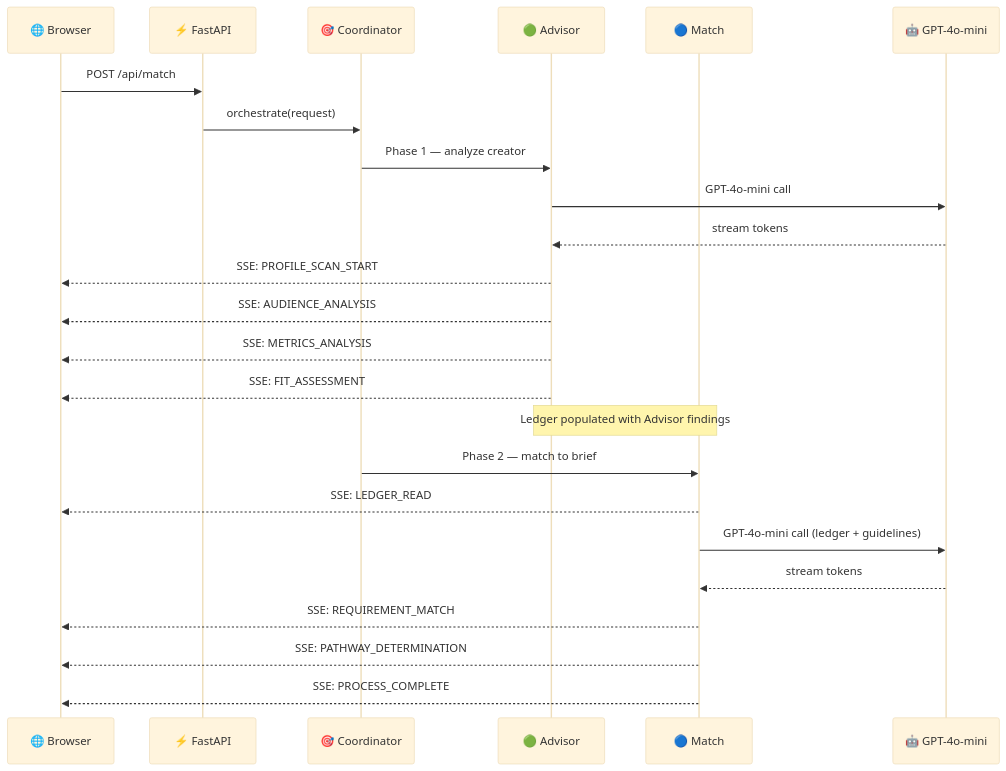
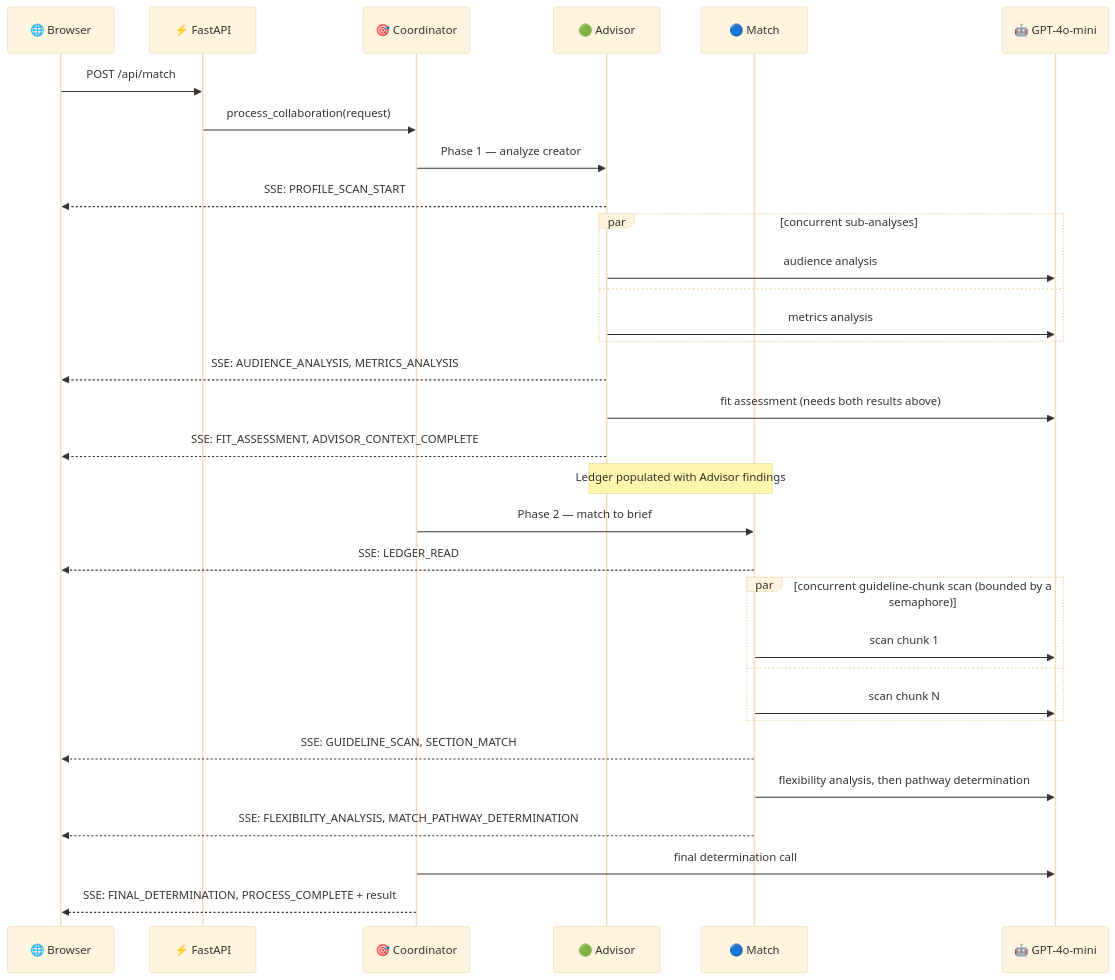
Before and after one commit to divyat2605/creator-collab-coordinator: the fourth of 8 diagrams in README.md, drawn with Mermaid (base theme). The commit also changed other lines of this file and 100 other files, not shown here.

````diff
--- a/README.md
+++ b/README.md
@@ -208,29 +235,37 @@
 ```mermaid
 sequenceDiagram
     participant B as 🌐 Browser
     participant F as ⚡ FastAPI
     participant C as 🎯 Coordinator
     participant ADV as 🟢 Advisor
     participant MAT as 🔵 Match
     participant OAI as 🤖 GPT-4o-mini
 
     B->>F: POST /api/match
-    F->>C: orchestrate(request)
+    F->>C: process_collaboration(request)
     C->>ADV: Phase 1 — analyze creator
-    ADV->>OAI: GPT-4o-mini call
-    OAI-->>ADV: stream tokens
     ADV-->>B: SSE: PROFILE_SCAN_START
-    ADV-->>B: SSE: AUDIENCE_ANALYSIS
-    ADV-->>B: SSE: METRICS_ANALYSIS
-    ADV-->>B: SSE: FIT_ASSESSMENT
+    par concurrent sub-analyses
+        ADV->>OAI: audience analysis
+    and
+        ADV->>OAI: metrics analysis
+    end
+    ADV-->>B: SSE: AUDIENCE_ANALYSIS, METRICS_ANALYSIS
+    ADV->>OAI: fit assessment (needs both results above)
+    ADV-->>B: SSE: FIT_ASSESSMENT, ADVISOR_CONTEXT_COMPLETE
 
     Note over ADV,MAT: Ledger populated with Advisor findings
 
     C->>MAT: Phase 2 — match to brief
     MAT-->>B: SSE: LEDGER_READ
-    MAT->>OAI: GPT-4o-mini call (ledger + guidelines)
-    OAI-->>MAT: stream tokens
-    MAT-->>B: SSE: REQUIREMENT_MATCH
-    MAT-->>B: SSE: PATHWAY_DETERMINATION
-    MAT-->>B: SSE: PROCESS_COMPLETE
+    par concurrent guideline-chunk scan (bounded by a semaphore)
+        MAT->>OAI: scan chunk 1
+    and
+        MAT->>OAI: scan chunk N
+    end
+    MAT-->>B: SSE: GUIDELINE_SCAN, SECTION_MATCH
+    MAT->>OAI: flexibility analysis, then pathway determination
+    MAT-->>B: SSE: FLEXIBILITY_ANALYSIS, MATCH_PATHWAY_DETERMINATION
+    C->>OAI: final determination call
+    C-->>B: SSE: FINAL_DETERMINATION, PROCESS_COMPLETE + result
 ```
````
